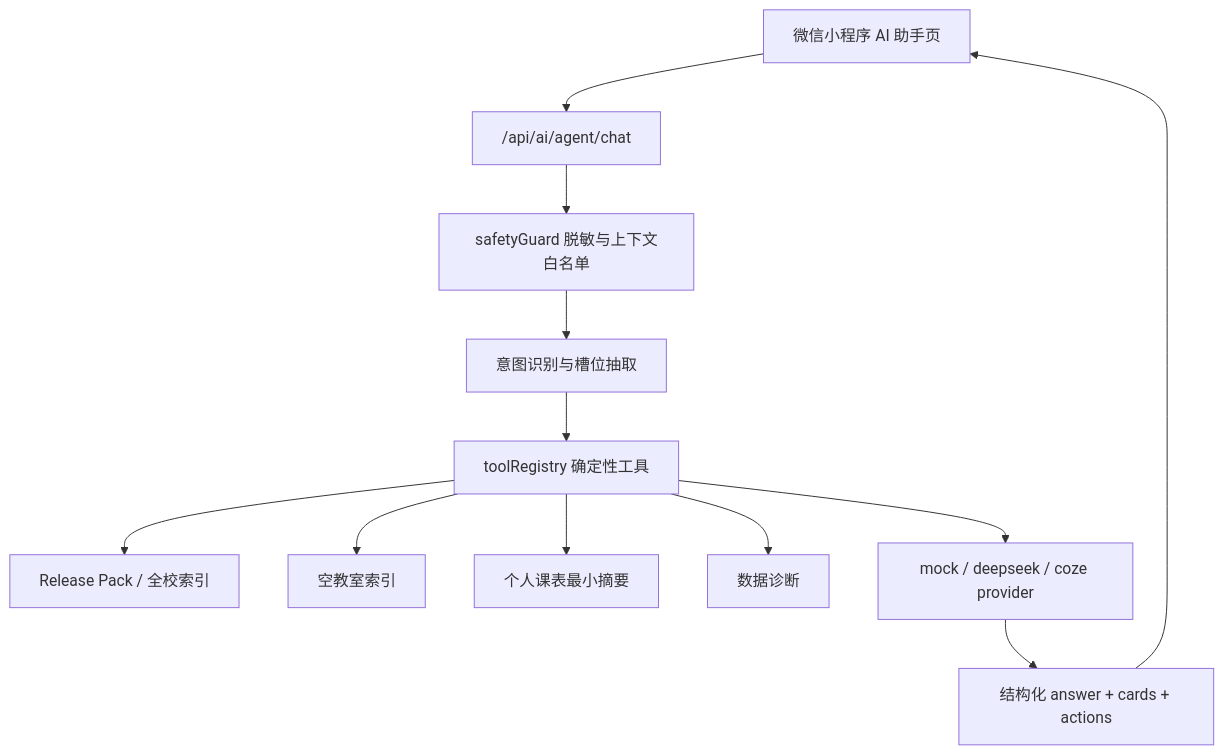
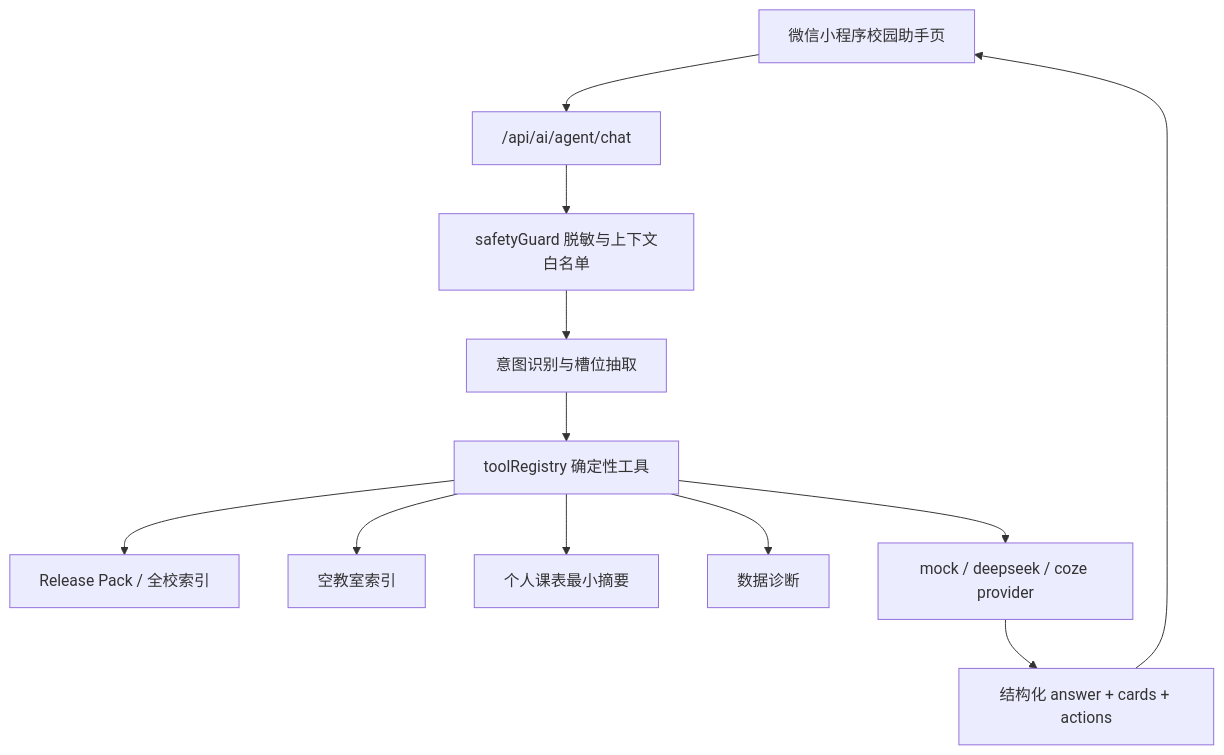
The diagram in docs/competition-2026-agent-design.md (katelya77/FosuClass), drawn with Mermaid before and after one commit. The commit also changed other lines of this file and 25 other files, not shown here.

````diff
--- a/docs/competition-2026-agent-design.md
+++ b/docs/competition-2026-agent-design.md
@@ -21,14 +21,14 @@
 ```mermaid
 flowchart TD
-  A["微信小程序 AI 助手页"] --> B["/api/ai/agent/chat"]
+  A["微信小程序校园助手页"] --> B["/api/ai/agent/chat"]
   B --> C["safetyGuard 脱敏与上下文白名单"]
   C --> D["意图识别与槽位抽取"]
   D --> E["toolRegistry 确定性工具"]
   E --> F["Release Pack / 全校索引"]
   E --> G["空教室索引"]
   E --> H["个人课表最小摘要"]
   E --> I["数据诊断"]
   E --> J["mock / deepseek / coze provider"]
   J --> K["结构化 answer + cards + actions"]
   K --> A
 ```
````
